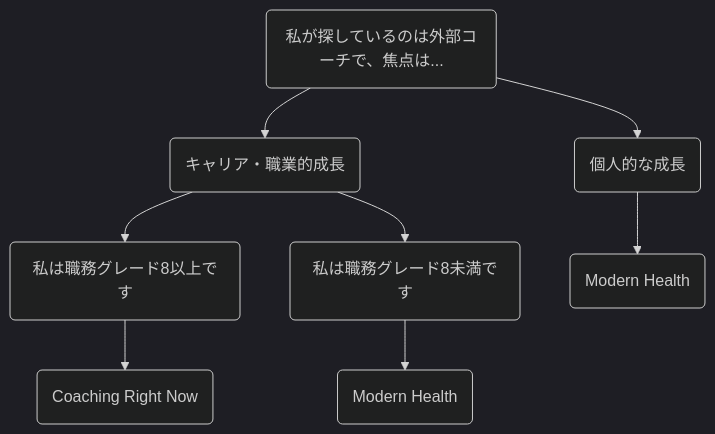
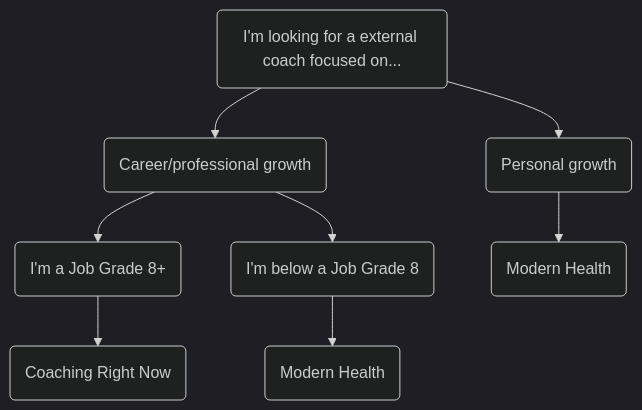
One commit to kyama0/gitlab-handbook-ja changed the diagram in content/handbook/leadership/coaching.md. Above: the diagram before and after it, drawn with Mermaid (dark theme). The commit also changed other lines of this file and 10 other files, not shown here.

````diff
--- a/content/handbook/leadership/coaching.md
+++ b/content/handbook/leadership/coaching.md
@@ -36,10 +36,10 @@
 ```mermaid
 graph TD
-    A(私が探しているのは外部コーチで、焦点は...) --> B(キャリア・職業的成長)
-    A --> C(個人的な成長)
-    B --> D(私は職務グレード8以上です)
-    B --> O(私は職務グレード8未満です)
+    A(I'm looking for a external coach focused on...) --> B(Career/professional growth)
+    A --> C(Personal growth)
+    B --> D(I'm a Job Grade 8+)
+    B --> O(I'm below a Job Grade 8)
     O --> P(Modern Health)
     D --> F(Coaching Right Now)
     C --> J(Modern Health)
 ```
````
